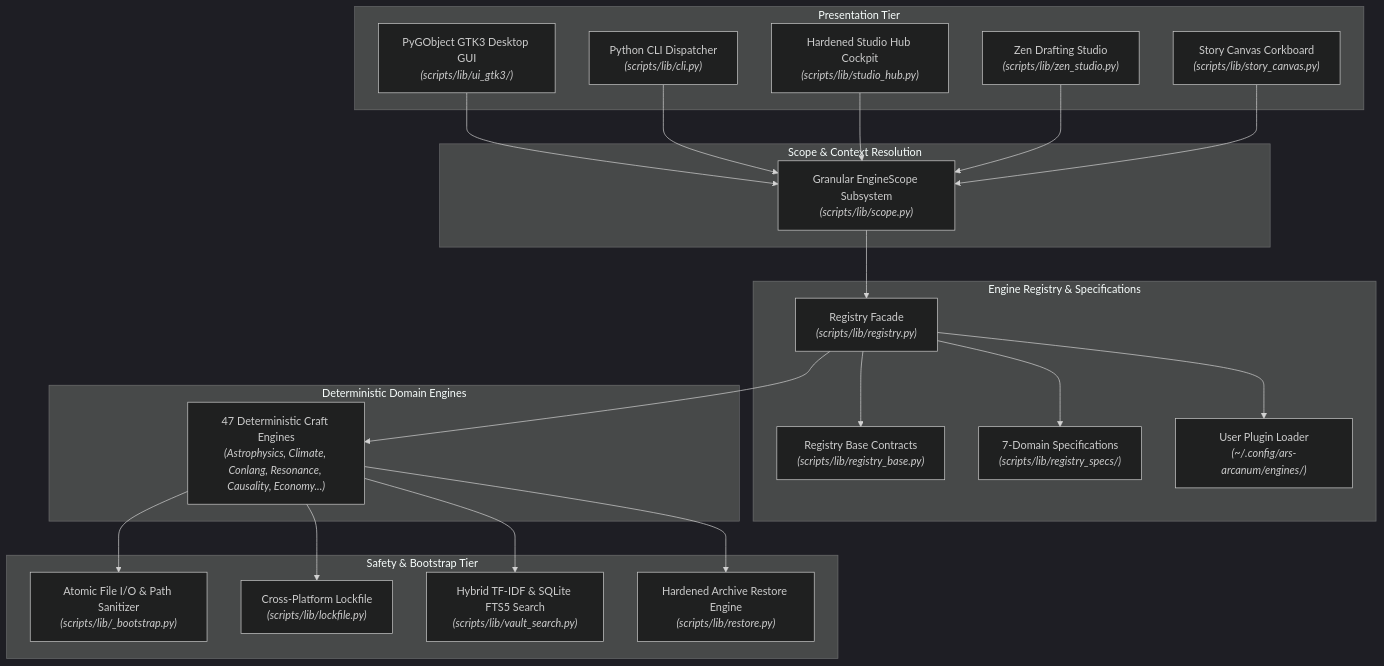
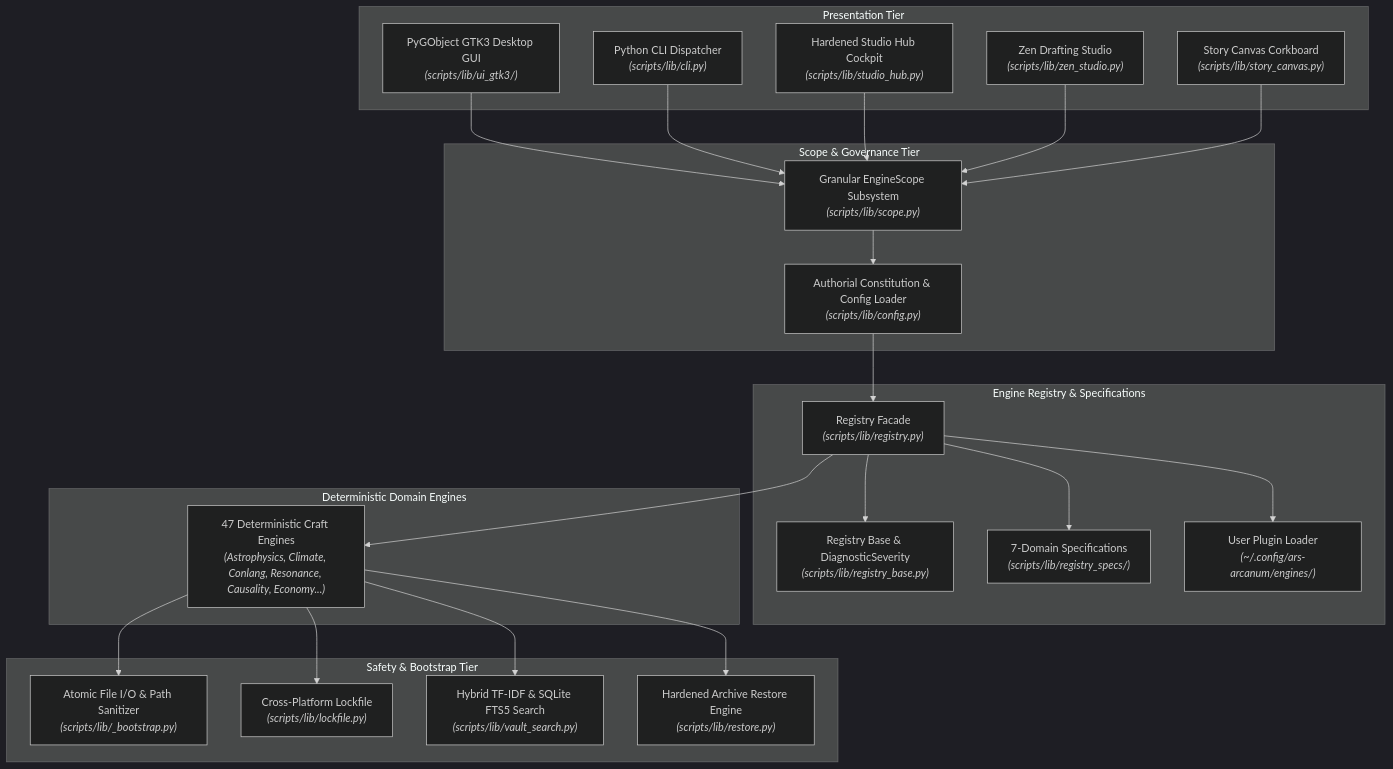
The fourth of 5 diagrams in docs/ARCHITECTURE.md (aryansinghnagar/Ars-Arcanum), drawn with Mermaid (dark theme) before and after one commit. The commit also changed other lines of this file and 33 other files, not shown here.

First line of the commit message:
feat(autonomy): enshrine sovereign authorial constitution, 6-tier diagnostic taxonomy, and overhaul documentation

````diff
--- a/docs/ARCHITECTURE.md
+++ b/docs/ARCHITECTURE.md
@@ -198,49 +176,51 @@
 ```mermaid
 flowchart TD
     subgraph Presentation Tier
         GUI["PyGObject GTK3 Desktop GUI<br/><i>(scripts/lib/ui_gtk3/)</i>"]
         CLI["Python CLI Dispatcher<br/><i>(scripts/lib/cli.py)</i>"]
         HUB["Hardened Studio Hub Cockpit<br/><i>(scripts/lib/studio_hub.py)</i>"]
         ZEN["Zen Drafting Studio<br/><i>(scripts/lib/zen_studio.py)</i>"]
         CANVAS["Story Canvas Corkboard<br/><i>(scripts/lib/story_canvas.py)</i>"]
     end
 
-    subgraph Scope & Context Resolution
+    subgraph Scope & Governance Tier
         SCOPE["Granular EngineScope Subsystem<br/><i>(scripts/lib/scope.py)</i>"]
+        CONST["Authorial Constitution & Config Loader<br/><i>(scripts/lib/config.py)</i>"]
     end
 
     subgraph Engine Registry & Specifications
         REG_FACADE["Registry Facade<br/><i>(scripts/lib/registry.py)</i>"]
-        REG_BASE["Registry Base Contracts<br/><i>(scripts/lib/registry_base.py)</i>"]
+        REG_BASE["Registry Base & DiagnosticSeverity<br/><i>(scripts/lib/registry_base.py)</i>"]
         REG_SPECS["7-Domain Specifications<br/><i>(scripts/lib/registry_specs/)</i>"]
         PLUGINS["User Plugin Loader<br/><i>(~/.config/ars-arcanum/engines/)</i>"]
     end
 
     subgraph Deterministic Domain Engines
         ENGINES["47 Deterministic Craft Engines<br/><i>(Astrophysics, Climate, Conlang, Resonance, Causality, Economy...)</i>"]
     end
 
     subgraph Safety & Bootstrap Tier
         BOOT["Atomic File I/O & Path Sanitizer<br/><i>(scripts/lib/_bootstrap.py)</i>"]
         LOCK["Cross-Platform Lockfile<br/><i>(scripts/lib/lockfile.py)</i>"]
         FTS["Hybrid TF-IDF & SQLite FTS5 Search<br/><i>(scripts/lib/vault_search.py)</i>"]
         RESTORE["Hardened Archive Restore Engine<br/><i>(scripts/lib/restore.py)</i>"]
     end
 
     GUI --> SCOPE
     CLI --> SCOPE
     HUB --> SCOPE
     ZEN --> SCOPE
     CANVAS --> SCOPE
 
-    SCOPE --> REG_FACADE
+    SCOPE --> CONST
+    CONST --> REG_FACADE
     REG_FACADE --> REG_BASE
     REG_FACADE --> REG_SPECS
     REG_FACADE --> PLUGINS
     REG_FACADE --> ENGINES
 
     ENGINES --> BOOT
     ENGINES --> LOCK
     ENGINES --> FTS
     ENGINES --> RESTORE
 ```
````
